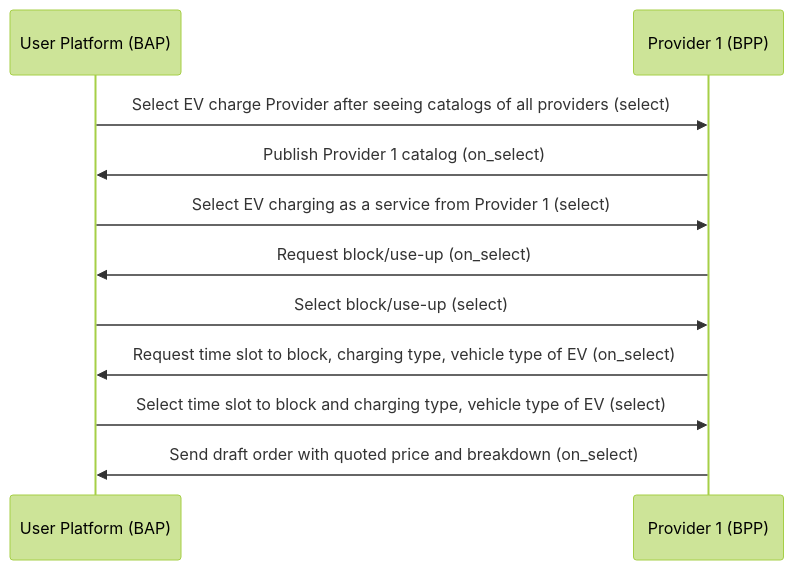
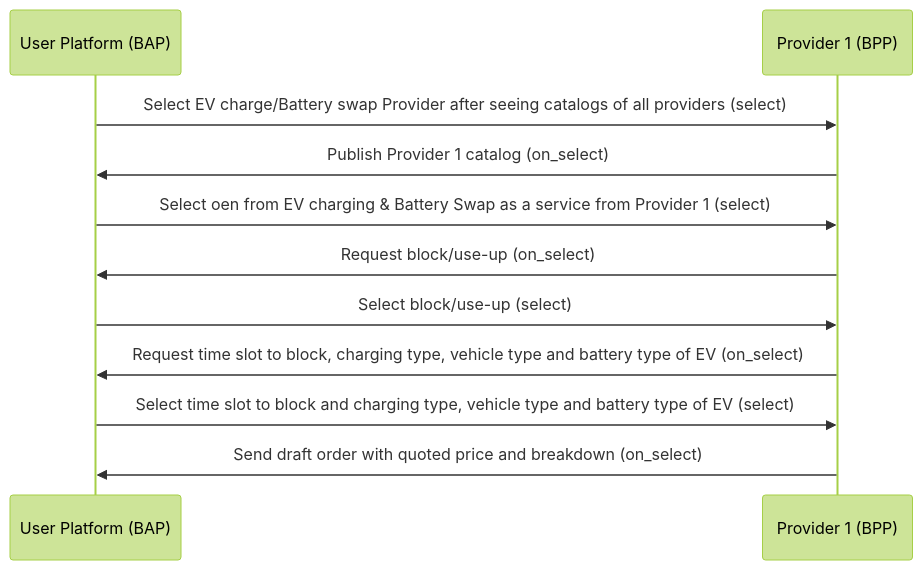
Before and after one commit to Sudheesh2609/DENT-Protocol: the fourth of 8 diagrams in docs/implementation-guides/EV_Charging/EV_Charging_and_Battery-Swapping-Worlflow.md, drawn with Mermaid (forest theme). The commit also changed other lines of this file, not shown here.

First line of the commit message:
Update EV_Charging_and_Battery-Swapping-Worlflow.md

````diff
--- a/docs/implementation-guides/EV_Charging/EV_Charging_and_Battery-Swapping-Worlflow.md
+++ b/docs/implementation-guides/EV_Charging/EV_Charging_and_Battery-Swapping-Worlflow.md
@@ -137,11 +136,11 @@
 ```mermaid
    sequenceDiagram
-   User Platform (BAP)->> Provider 1 (BPP): Select EV charge Provider after seeing catalogs of all providers (select)
+   User Platform (BAP)->> Provider 1 (BPP): Select EV charge/Battery swap Provider after seeing catalogs of all providers (select)
    Provider 1 (BPP)->>User Platform (BAP): Publish Provider 1 catalog (on_select)
-   User Platform (BAP)->> Provider 1 (BPP): Select EV charging as a service from Provider 1 (select)
+   User Platform (BAP)->> Provider 1 (BPP): Select oen from EV charging & Battery Swap as a service from Provider 1 (select)
    Provider 1 (BPP)->>User Platform (BAP): Request block/use-up (on_select)
    User Platform (BAP)->> Provider 1 (BPP): Select block/use-up (select)
-   Provider 1 (BPP)->>User Platform (BAP): Request time slot to block, charging type, vehicle type of EV (on_select)
-	 User Platform (BAP)->> Provider 1 (BPP): Select time slot to block and charging type, vehicle type of EV (select)
+   Provider 1 (BPP)->>User Platform (BAP): Request time slot to block, charging type, vehicle type and battery type of EV (on_select)
+   User Platform (BAP)->> Provider 1 (BPP): Select time slot to block and charging type, vehicle type and battery type of EV (select)
    Provider 1 (BPP)->>User Platform (BAP): Send draft order with quoted price and breakdown (on_select)
 ```
````
